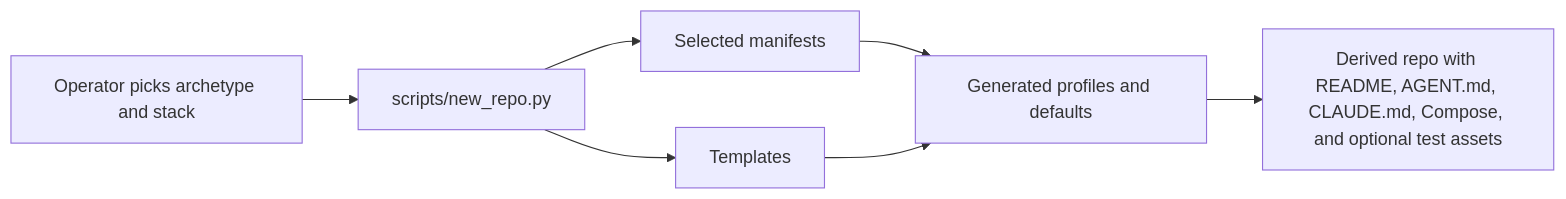
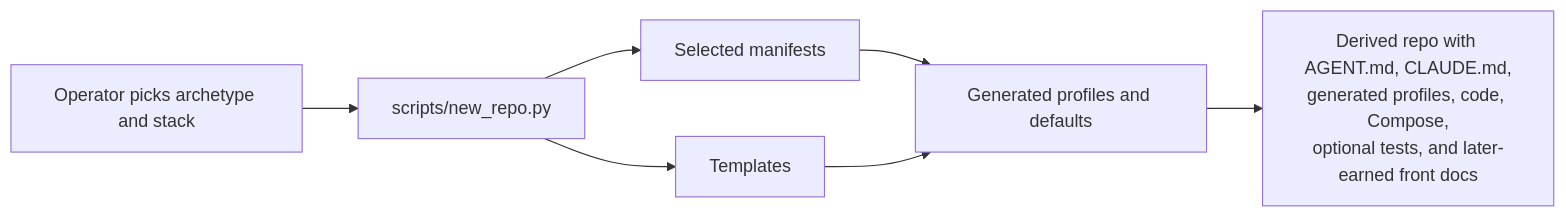
The second of 4 diagrams in docs/architecture-mental-model.md (someflydev/agent-context-base), drawn with Mermaid before and after one commit. The commit also changed other lines of this file and 10 other files, not shown here.

First line of the commit message:
[PROMPT_32] Validate doc freshness and align architecture guidance

````diff
--- a/docs/architecture-mental-model.md
+++ b/docs/architecture-mental-model.md
@@ -23,9 +23,9 @@
 ```mermaid
 flowchart LR
     A[Operator picks archetype and stack] --> B[scripts/new_repo.py]
     B --> C[Selected manifests]
     B --> D[Templates]
     C --> E[Generated profiles and defaults]
     D --> E
-    E --> F[Derived repo with README, AGENT.md, CLAUDE.md, Compose, and optional test assets]
+    E --> F[Derived repo with AGENT.md, CLAUDE.md,<br/>generated profiles, code, Compose,<br/>optional tests, and later-earned front docs]
 ```
````
